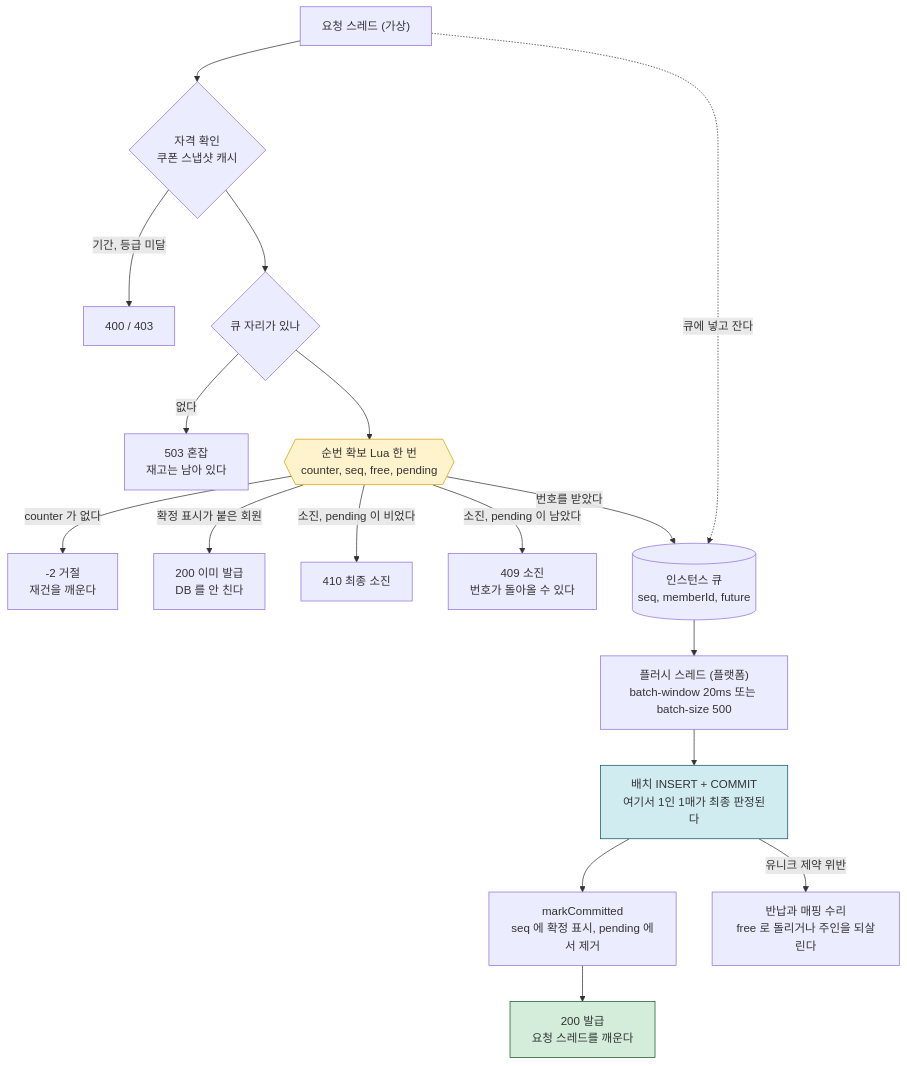
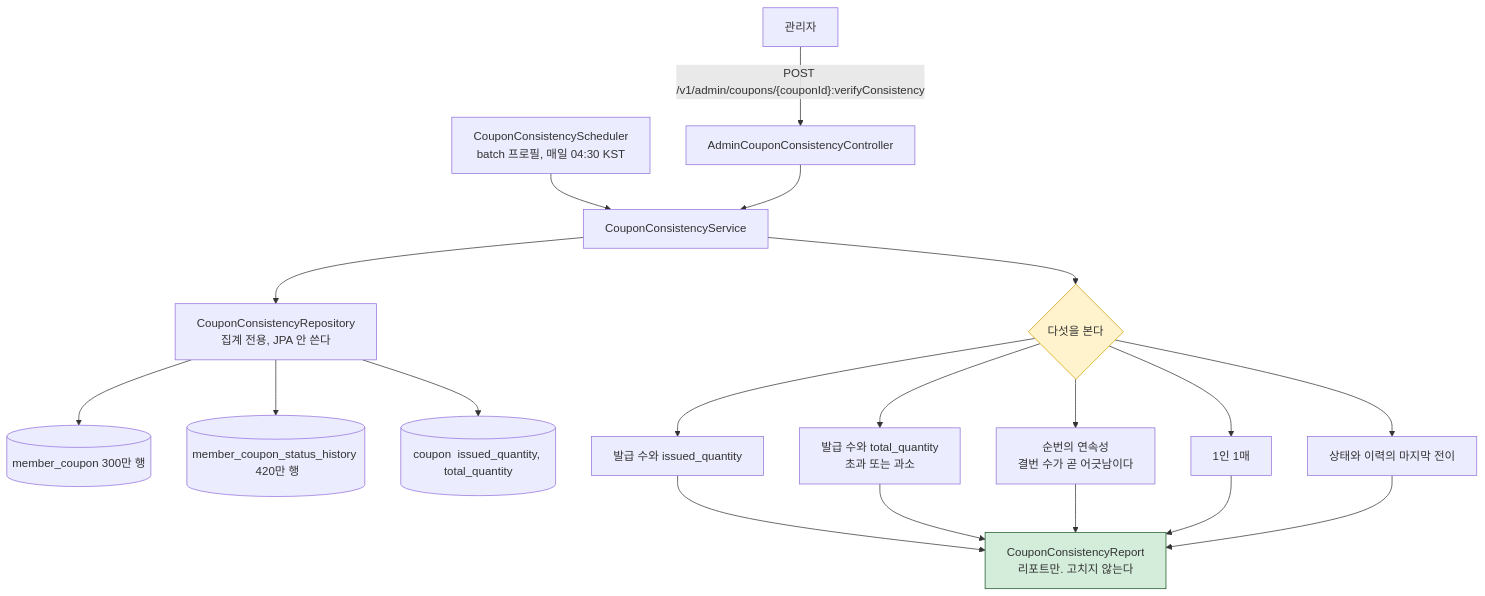
One commit to fresh-market/fm-backend changed the second of 2 diagrams in README.md. Above: the diagram before and after it, drawn with Mermaid. The commit also changed other lines of this file and 1 other file, not shown here.

````diff
--- a/README.md
+++ b/README.md
@@ -363,25 +403,23 @@
 ```mermaid
 flowchart TB
-    REQ["요청 스레드 (가상)"] --> CACHE{"자격 확인<br/>쿠폰 스냅샷 캐시"}
-    CACHE -->|"기간, 등급 미달"| E4xx["400 / 403"]
-    CACHE --> SLOT{"큐 자리가 있나"}
-    SLOT -->|"없다"| C503["503 혼잡<br/>재고는 남아 있다"]
-    SLOT --> LUA{{"순번 확보 Lua 한 번<br/>counter, seq, free, pending"}}
+    ADMIN["관리자"] -->|"POST /v1/admin/coupons/{couponId}:verifyConsistency"| CTL["AdminCouponConsistencyController"]
+    SCHED["CouponConsistencyScheduler<br/>batch 프로필, 매일 04:30 KST"] --> SVC
+    CTL --> SVC["CouponConsistencyService"]
+    SVC --> REPO["CouponConsistencyRepository<br/>집계 전용, JPA 안 쓴다"]
 
-    LUA -->|"counter 가 없다"| REBUILD["-2 거절<br/>재건을 깨운다"]
-    LUA -->|"확정 표시가 붙은 회원"| DUP["200 이미 발급<br/>DB 를 안 친다"]
-    LUA -->|"소진, pending 이 비었다"| G410["410 최종 소진"]
-    LUA -->|"소진, pending 이 남았다"| G409["409 소진<br/>번호가 돌아올 수 있다"]
-    LUA -->|"번호를 받았다"| Q[("인스턴스 큐<br/>seq, memberId, future")]
+    REPO --> T1[("member_coupon  300만 행")]
+    REPO --> T2[("member_coupon_status_history  420만 행")]
+    REPO --> T3[("coupon  issued_quantity, total_quantity")]
 
-    REQ -.->|"큐에 넣고 잔다"| Q
-    Q --> FLUSH["플러시 스레드 (플랫폼)<br/>batch-window 20ms 또는 batch-size 500"]
-    FLUSH --> INS["배치 INSERT + COMMIT<br/>여기서 1인 1매가 최종 판정된다"]
-    INS --> MARK["markCommitted<br/>seq 에 확정 표시, pending 에서 제거"]
-    MARK --> OK["200 발급<br/>요청 스레드를 깨운다"]
-    INS -->|"유니크 제약 위반"| REPAIR["반납과 매핑 수리<br/>free 로 돌리거나 주인을 되살린다"]
+    SVC --> CHK{"다섯을 본다"}
+    CHK --> V1["발급 수와 issued_quantity"]
+    CHK --> V2["발급 수와 total_quantity<br/>초과 또는 과소"]
+    CHK --> V3["순번의 연속성<br/>결번 수가 곧 어긋남이다"]
+    CHK --> V4["1인 1매"]
+    CHK --> V5["상태와 이력의 마지막 전이"]
 
-    style LUA fill:#fff3cd,stroke:#d39e00
-    style INS fill:#d1ecf1,stroke:#0c5460
-    style OK fill:#d4edda,stroke:#155724
+    V1 & V2 & V3 & V4 & V5 --> REP["CouponConsistencyReport<br/>리포트만. 고치지 않는다"]
+
+    style CHK fill:#fff3cd,stroke:#d39e00
+    style REP fill:#d4edda,stroke:#155724
 ```
````
